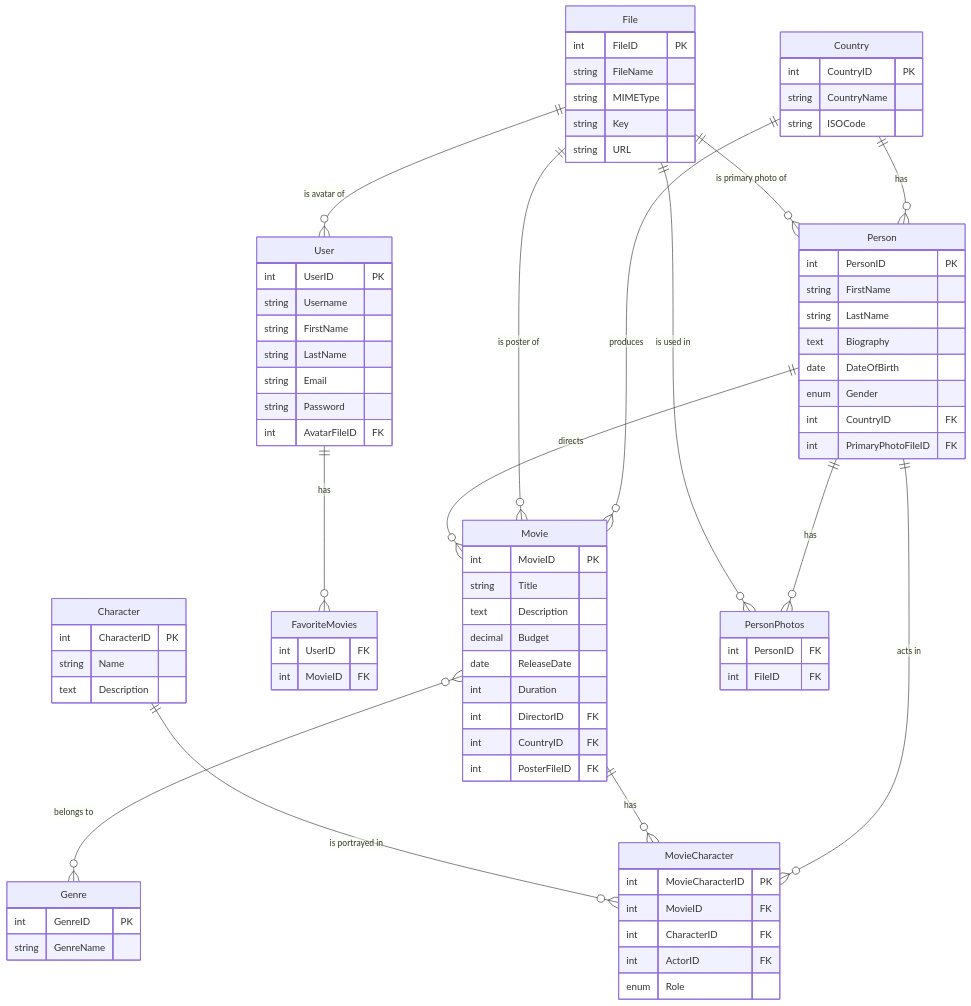
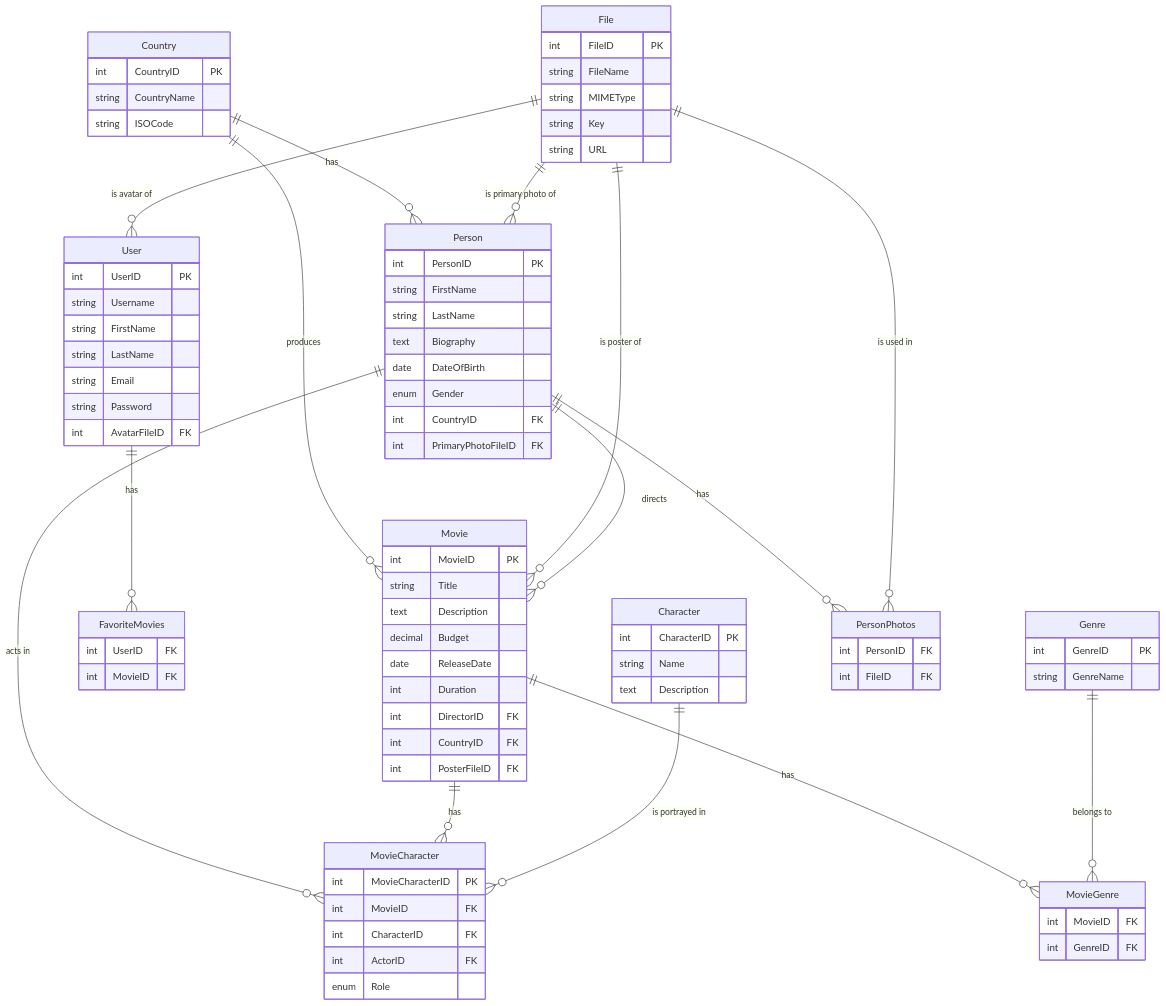
Before and after one commit to s1rserg/movie-app-db-sql: the diagram in README.md, drawn with Mermaid.

Commit message:
* fix: fix ER diagram code

```diff
--- a/README.md
+++ b/README.md
@@ -11,7 +11,8 @@
     Person ||--o{ Movie : "directs"
     Person ||--o{ MovieCharacter : "acts in"
     Movie ||--o{ MovieCharacter : "has"
-    Movie }o--o{ Genre : "belongs to"
+    Movie ||--o{ MovieGenre : "has"
+    Genre ||--o{ MovieGenre : "belongs to"
     Character ||--o{ MovieCharacter : "is portrayed in"
     Person ||--o{ PersonPhotos : "has"
     File ||--o{ PersonPhotos : "is used in"
@@ -82,6 +83,11 @@
         enum Role
     }
 
+    MovieGenre {
+        int MovieID FK
+        int GenreID FK
+    }
+
     FavoriteMovies {
         int UserID FK
         int MovieID FK
```
